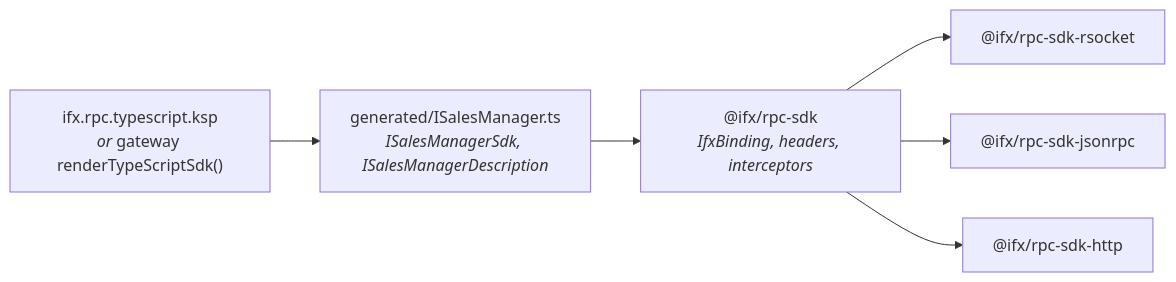
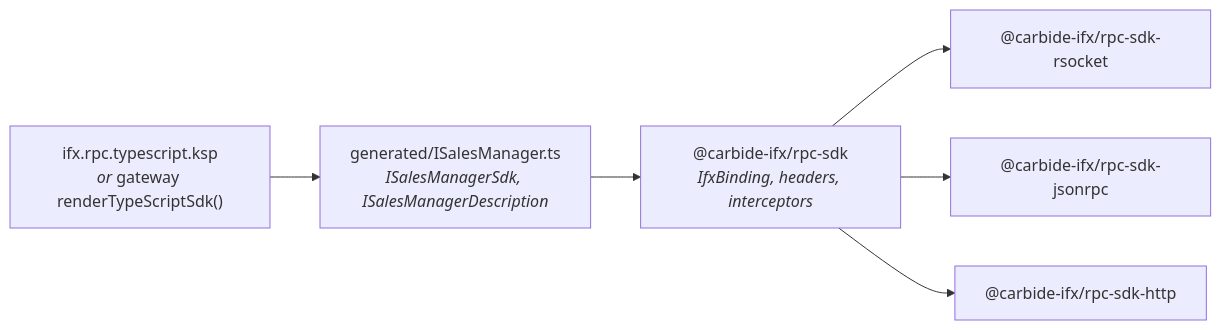
Before and after one commit to carbide-ifx/carbide: the diagram in docs/typescript-sdk.md, drawn with Mermaid. The commit also changed other lines of this file and 31 other files, not shown here.

````diff
--- a/docs/typescript-sdk.md
+++ b/docs/typescript-sdk.md
@@ -7,15 +7,15 @@
 ```mermaid
 flowchart LR
     ksp["ifx.rpc.typescript.ksp<br/><i>or</i> gateway renderTypeScriptSdk()"]
     gen["generated/ISalesManager.ts<br/><i>ISalesManagerSdk, ISalesManagerDescription</i>"]
-    core["@ifx/rpc-sdk<br/><i>IfxBinding, headers, interceptors</i>"]
-    rs["@ifx/rpc-sdk-rsocket"]
-    jr["@ifx/rpc-sdk-jsonrpc"]
-    http["@ifx/rpc-sdk-http"]
+    core["@carbide-ifx/rpc-sdk<br/><i>IfxBinding, headers, interceptors</i>"]
+    rs["@carbide-ifx/rpc-sdk-rsocket"]
+    jr["@carbide-ifx/rpc-sdk-jsonrpc"]
+    http["@carbide-ifx/rpc-sdk-http"]
 
     ksp --> gen
     gen --> core
     core --> rs
     core --> jr
     core --> http
 ```
````
